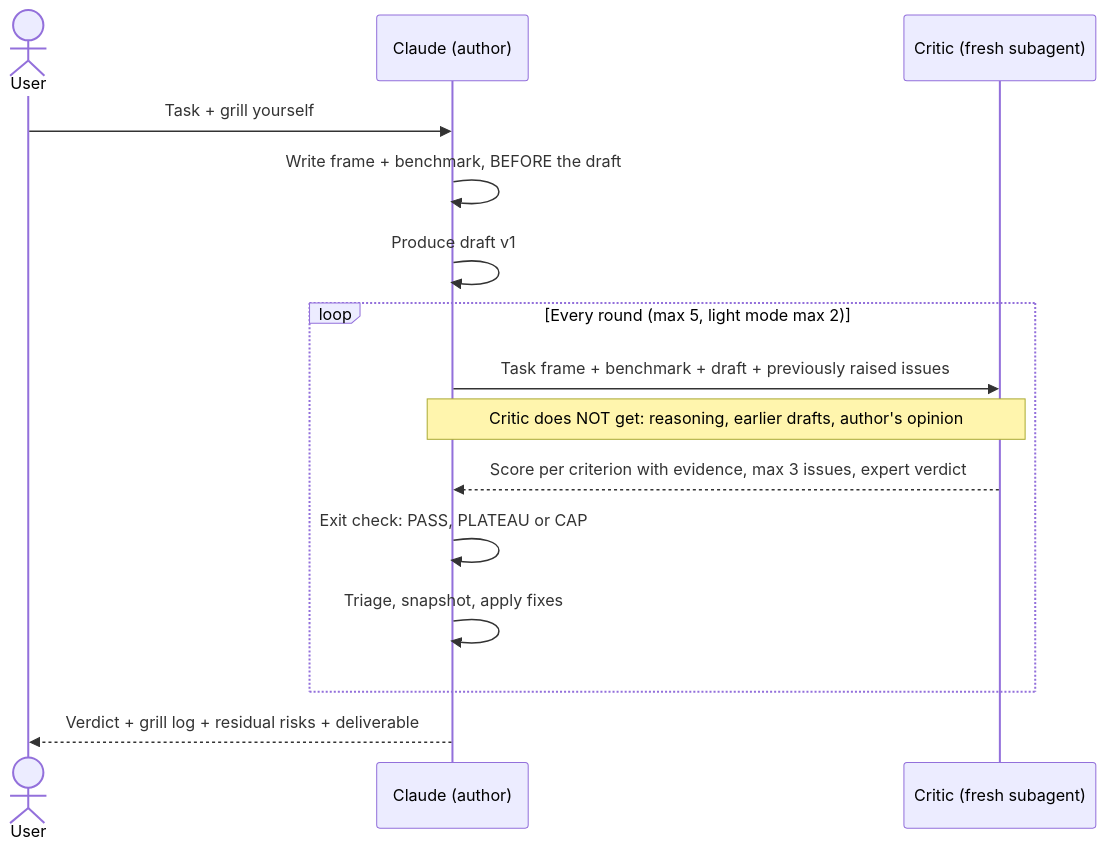
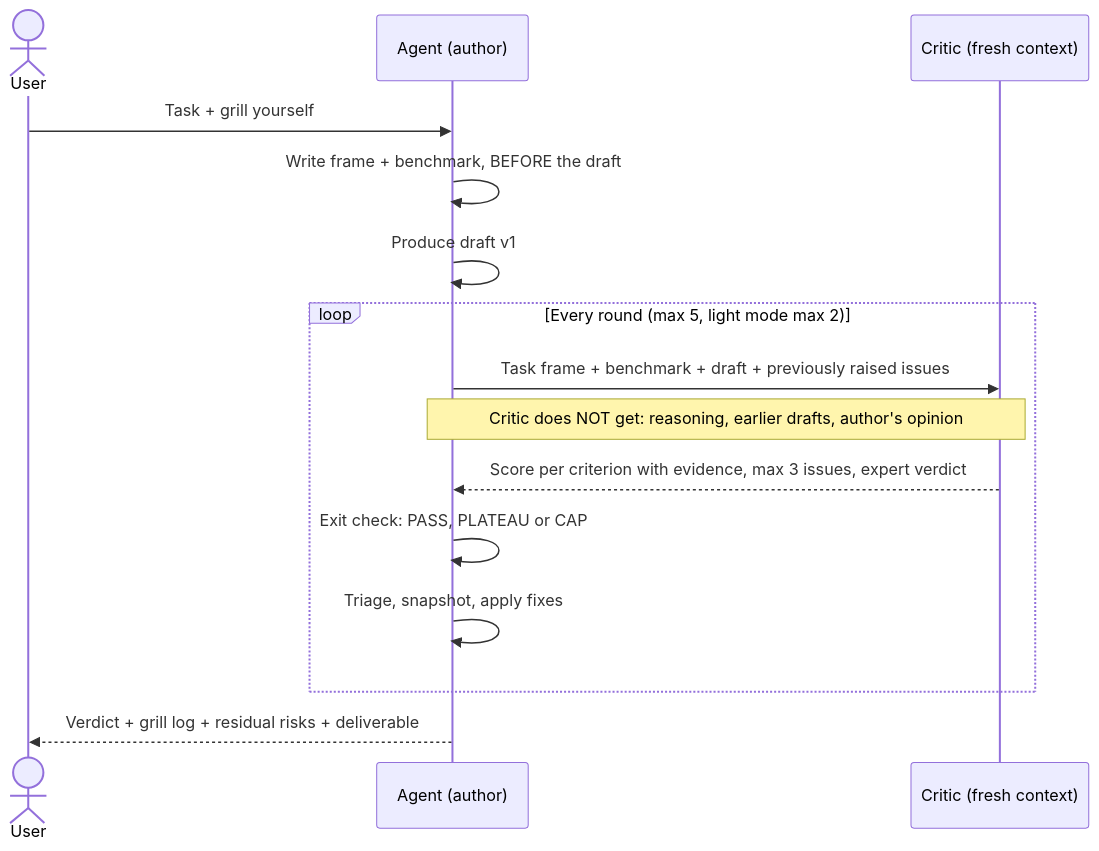
One commit to nills-p/grill-myself-skill changed the second of 2 diagrams in README.md. Above: the diagram before and after it, drawn with Mermaid. The commit also changed other lines of this file and 15 other files, not shown here.

````diff
--- a/README.md
+++ b/README.md
@@ -91,18 +93,18 @@
 ```mermaid
 sequenceDiagram
     actor U as User
-    participant A as Claude (author)
-    participant C as Critic (fresh subagent)
+    participant A as Agent (author)
+    participant C as Critic (fresh context)
 
     U->>A: Task + grill yourself
     A->>A: Write frame + benchmark, BEFORE the draft
     A->>A: Produce draft v1
     loop Every round (max 5, light mode max 2)
         A->>C: Task frame + benchmark + draft + previously raised issues
         Note over A,C: Critic does NOT get: reasoning, earlier drafts, author's opinion
         C-->>A: Score per criterion with evidence, max 3 issues, expert verdict
         A->>A: Exit check: PASS, PLATEAU or CAP
         A->>A: Triage, snapshot, apply fixes
     end
     A-->>U: Verdict + grill log + residual risks + deliverable
 ```
````
